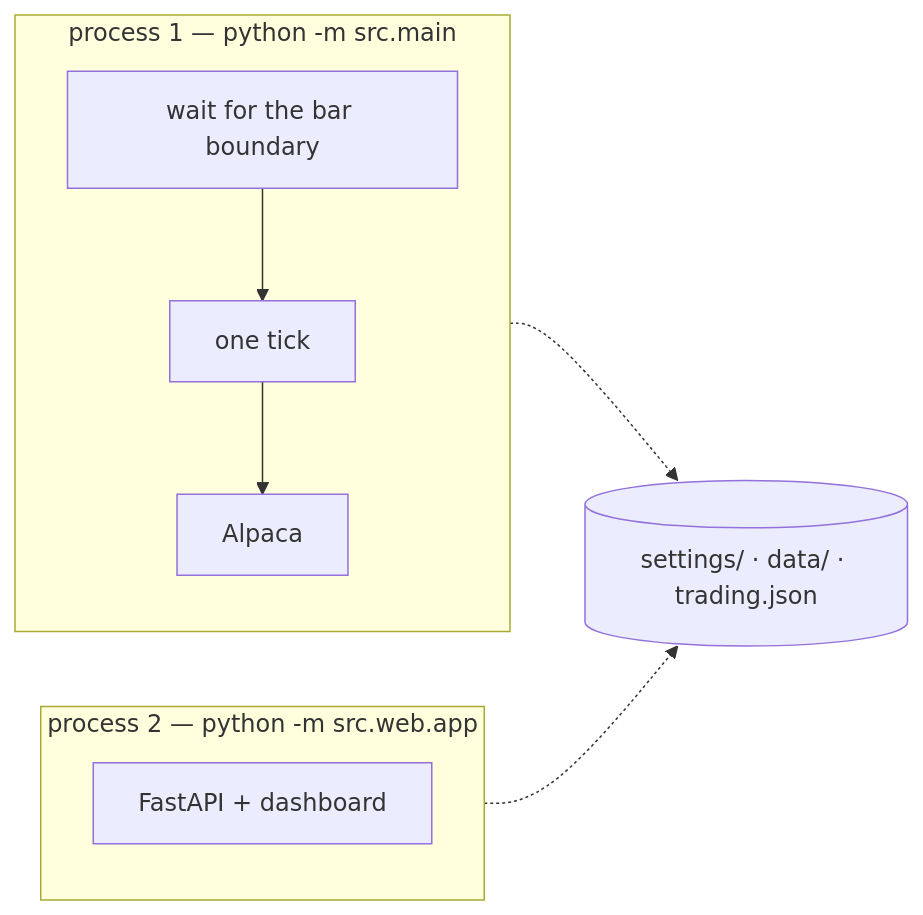
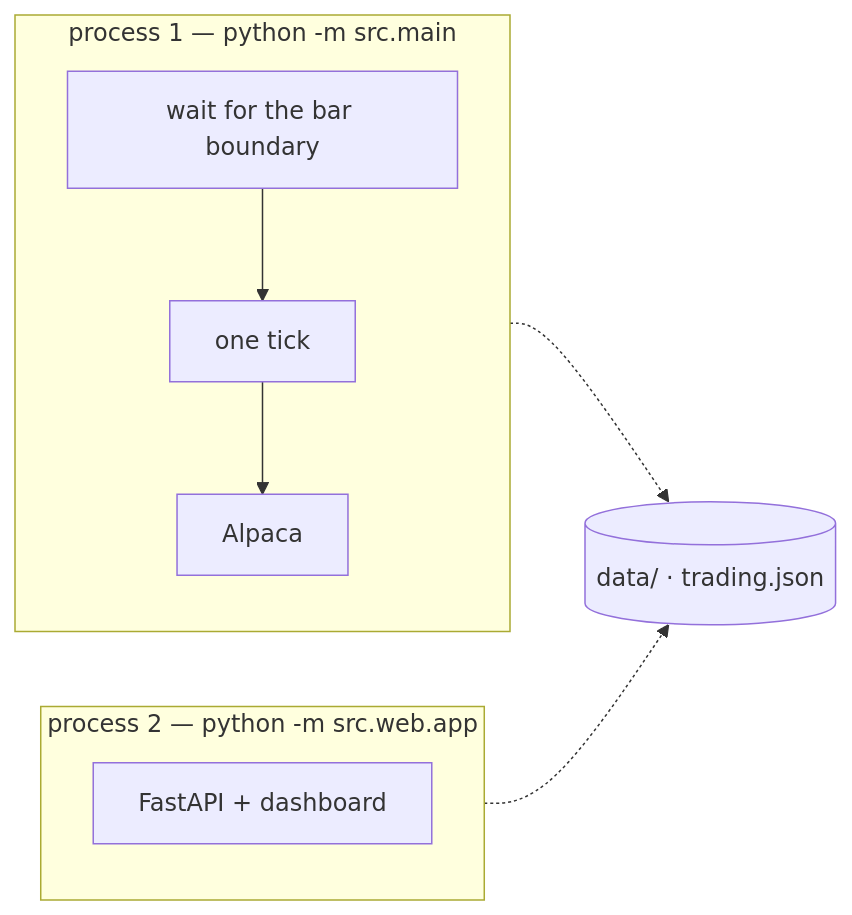
Before and after one commit to hi77er/traider: the first of 2 diagrams in README.md, drawn with Mermaid. The commit also changed other lines of this file and 28 other files, not shown here.

````diff
--- a/README.md
+++ b/README.md
@@ -78,11 +78,11 @@
 ```mermaid
 flowchart LR
     subgraph loop["process 1 — python -m src.main"]
         A[wait for the bar boundary] --> T[one tick] --> B[Alpaca]
     end
     subgraph dash["process 2 — python -m src.web.app"]
         W[FastAPI + dashboard]
     end
-    loop -.-> F[("settings/ · data/ · trading.json")]
+    loop -.-> F[("data/ · trading.json")]
     dash -.-> F
 ```
````
